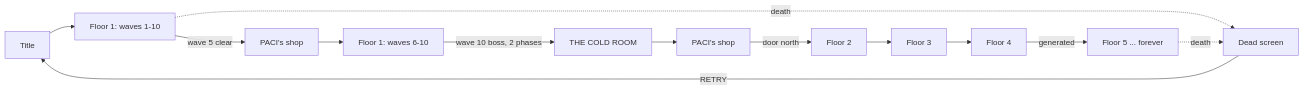
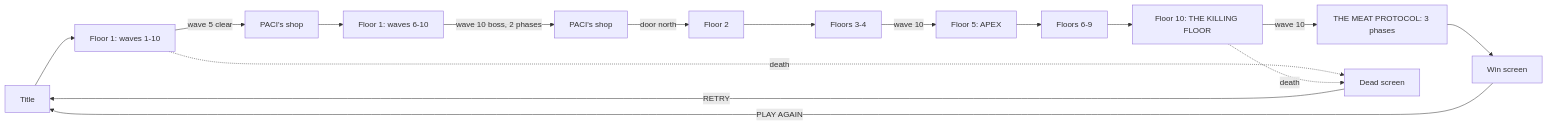
The diagram in docs/How A Run Goes.md (YOTI876/meat-protocol), drawn with Mermaid before and after one commit. The commit also changed other lines of this file and 20 other files, not shown here.

````diff
--- a/docs/How A Run Goes.md
+++ b/docs/How A Run Goes.md
@@ -12,15 +12,18 @@
 ```mermaid
 flowchart LR
   T[Title] --> F1[Floor 1: waves 1-10]
   F1 -->|wave 5 clear| S1[PACI's shop]
   S1 --> F1b[Floor 1: waves 6-10]
-  F1b -->|wave 10 boss, 2 phases| C[THE COLD ROOM]
-  C --> S[PACI's shop]
+  F1b -->|wave 10 boss, 2 phases| S[PACI's shop]
   S -->|door north| F2[Floor 2]
-  F2 --> F3[Floor 3]
-  F3 --> F4[Floor 4]
-  F4 -->|generated| FN[Floor 5 ... forever]
+  F2 --> F3[Floors 3-4]
+  F3 -->|wave 10| A[Floor 5: APEX]
+  A --> F6[Floors 6-9]
+  F6 --> F10[Floor 10: THE KILLING FLOOR]
+  F10 -->|wave 10| P[THE MEAT PROTOCOL: 3 phases]
+  P --> W[Win screen]
   F1 -.death.-> D[Dead screen]
-  FN -.death.-> D
+  F10 -.death.-> D
   D -->|RETRY| T
+  W -->|PLAY AGAIN| T
 ```
````
